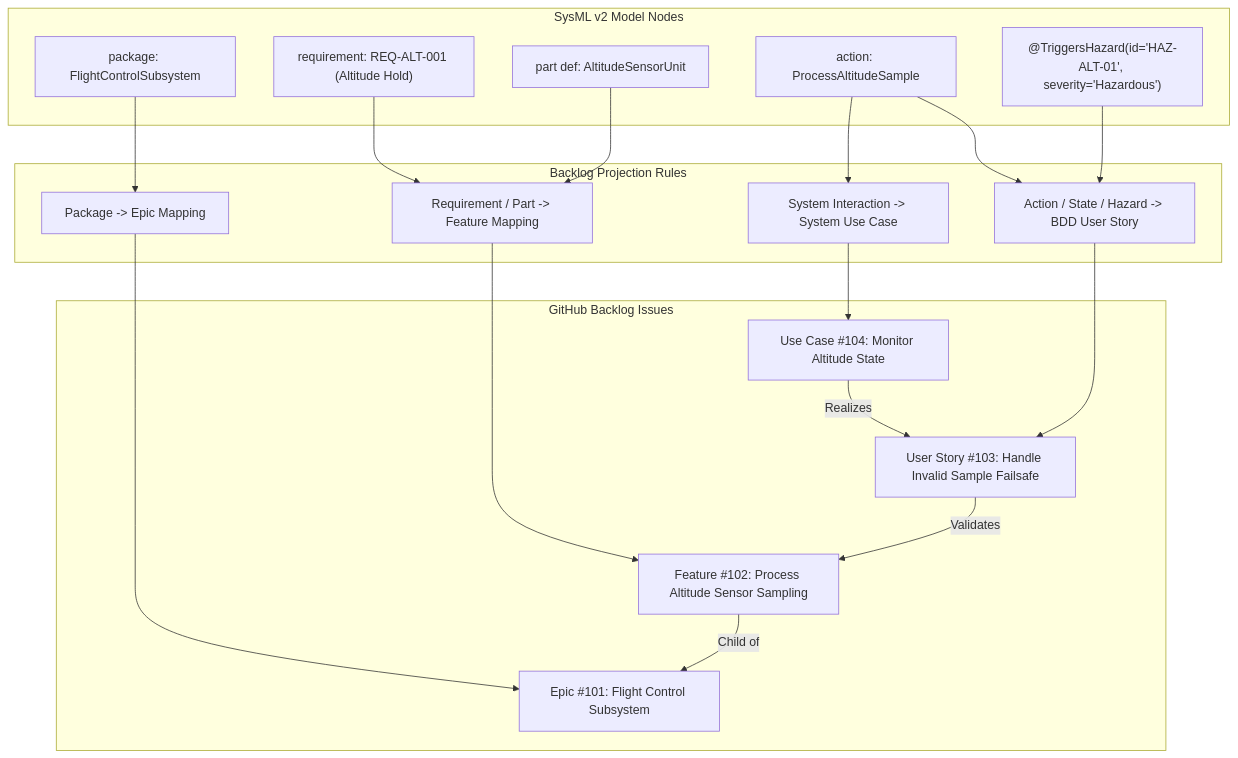
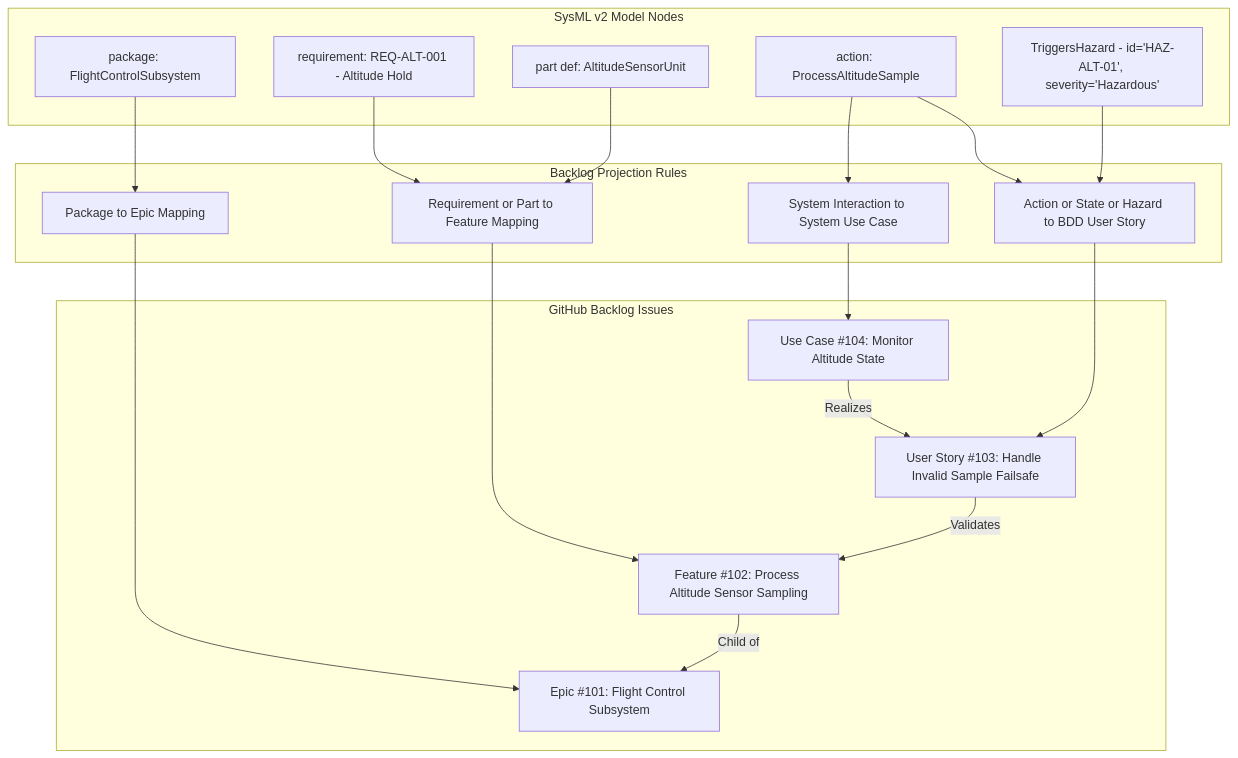
One commit to gintatkinson/DEAP-spec-core changed the third of 7 diagrams in docs/architecture/blueprints/DEAP_SYSML_V2_INGESTION_ENGINE_BLUEPRINT.md. Above: the diagram before and after it, drawn with Mermaid. The commit also changed other lines of this file and 1 other file, not shown here.

````diff
--- a/docs/architecture/blueprints/DEAP_SYSML_V2_INGESTION_ENGINE_BLUEPRINT.md
+++ b/docs/architecture/blueprints/DEAP_SYSML_V2_INGESTION_ENGINE_BLUEPRINT.md
@@ -153,34 +153,34 @@
 ```mermaid
 flowchart TD
     subgraph "SysML v2 Model Nodes"
         Pkg["package: FlightControlSubsystem"]
-        Req["requirement: REQ-ALT-001 (Altitude Hold)"]
+        Req["requirement: REQ-ALT-001 - Altitude Hold"]
         Part["part def: AltitudeSensorUnit"]
         Act["action: ProcessAltitudeSample"]
-        Haz["@TriggersHazard(id='HAZ-ALT-01', severity='Hazardous')"]
+        Haz["TriggersHazard - id='HAZ-ALT-01', severity='Hazardous'"]
     end
 
     subgraph "Backlog Projection Rules"
-        Rule_Epic["Package -> Epic Mapping"]
-        Rule_Feat["Requirement / Part -> Feature Mapping"]
-        Rule_Story["Action / State / Hazard -> BDD User Story"]
-        Rule_UC["System Interaction -> System Use Case"]
+        Rule_Epic["Package to Epic Mapping"]
+        Rule_Feat["Requirement or Part to Feature Mapping"]
+        Rule_Story["Action or State or Hazard to BDD User Story"]
+        Rule_UC["System Interaction to System Use Case"]
     end
 
     subgraph "GitHub Backlog Issues"
         Epic_Issue["Epic #101: Flight Control Subsystem"]
         Feat_Issue["Feature #102: Process Altitude Sensor Sampling"]
         Story_Issue["User Story #103: Handle Invalid Sample Failsafe"]
         UC_Issue["Use Case #104: Monitor Altitude State"]
     end
 
     Pkg --> Rule_Epic --> Epic_Issue
     Req --> Rule_Feat
     Part --> Rule_Feat --> Feat_Issue
     Act --> Rule_Story
     Haz --> Rule_Story --> Story_Issue
     Act --> Rule_UC --> UC_Issue
     Feat_Issue -->|Child of| Epic_Issue
     Story_Issue -->|Validates| Feat_Issue
     UC_Issue -->|Realizes| Story_Issue
 ```
````
